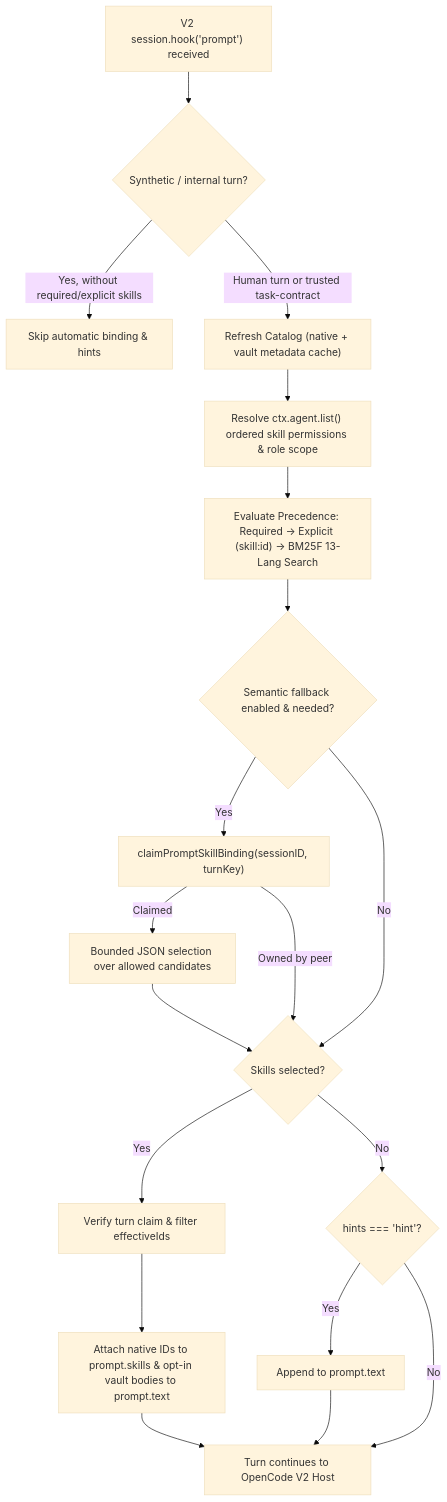
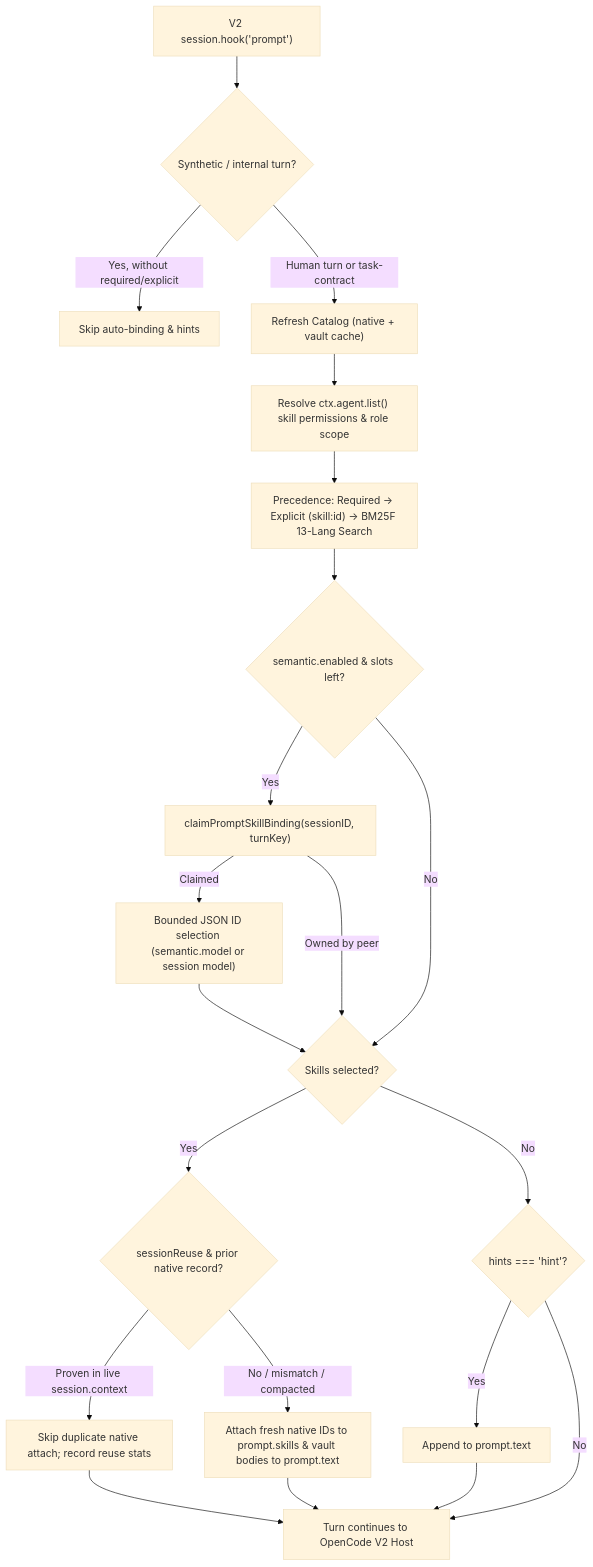
One commit to qunqin24/opendock changed the diagram in src/data/readme/opencode-lazy-se.md. Above: the diagram before and after it, drawn with Mermaid (base theme). The commit also changed other lines of this file and 317 other files, not shown here.

````diff
--- a/src/data/readme/opencode-lazy-se.md
+++ b/src/data/readme/opencode-lazy-se.md
@@ -278,24 +298,26 @@
 ```mermaid
 flowchart TD
-    Prompt["V2 session.hook('prompt') received"] --> Synthetic{"Synthetic / internal turn?"}
-    Synthetic -->|Yes, without required/explicit skills| Skip["Skip automatic binding & hints"]
-    Synthetic -->|Human turn or trusted task-contract| Refresh["Refresh Catalog (native + vault metadata cache)"]
+    Prompt["V2 session.hook('prompt')"] --> Synthetic{"Synthetic / internal turn?"}
+    Synthetic -->|Yes, without required/explicit| Skip["Skip auto-binding & hints"]
+    Synthetic -->|Human turn or task-contract| Refresh["Refresh Catalog (native + vault cache)"]
 
-    Refresh --> Policy["Resolve ctx.agent.list() ordered skill permissions & role scope"]
-    Policy --> Select["Evaluate Precedence: Required -> Explicit (skill:id) -> BM25F 13-Lang Search"]
-    Select --> Semantic{"Semantic fallback enabled & needed?"}
+    Refresh --> Policy["Resolve ctx.agent.list() skill permissions & role scope"]
+    Policy --> Select["Precedence: Required -> Explicit (skill:id) -> BM25F 13-Lang Search"]
+    Select --> Semantic{"semantic.enabled & slots left?"}
 
     Semantic -->|Yes| Claim1["claimPromptSkillBinding(sessionID, turnKey)"]
-    Claim1 -->|Claimed| LLM["Bounded JSON selection over allowed candidates"]
+    Claim1 -->|Claimed| LLM["Bounded JSON ID selection (semantic.model or session model)"]
     Claim1 -->|Owned by peer| BindCheck
     Semantic -->|No| BindCheck{"Skills selected?"}
     LLM --> BindCheck
 
-    BindCheck -->|Yes| Claim2["Verify turn claim & filter effectiveIds"]
-    Claim2 --> Attach["Attach native IDs to prompt.skills & opt-in vault bodies to prompt.text"]
+    BindCheck -->|Yes| Reuse{"sessionReuse & prior native record?"}
+    Reuse -->|Proven in live session.context| SkipAttach["Skip duplicate native attach; record reuse stats"]
+    Reuse -->|No / mismatch / compacted| Attach["Attach fresh native IDs to prompt.skills & vault bodies to prompt.text"]
     BindCheck -->|No| Hints{"hints === 'hint'?"}
     Hints -->|Yes| AppendHint["Append <lazy_skill_suggestions> to prompt.text"]
     Hints -->|No| Done["Turn continues to OpenCode V2 Host"]
+    SkipAttach --> Done
     Attach --> Done
     AppendHint --> Done
 ```
````
